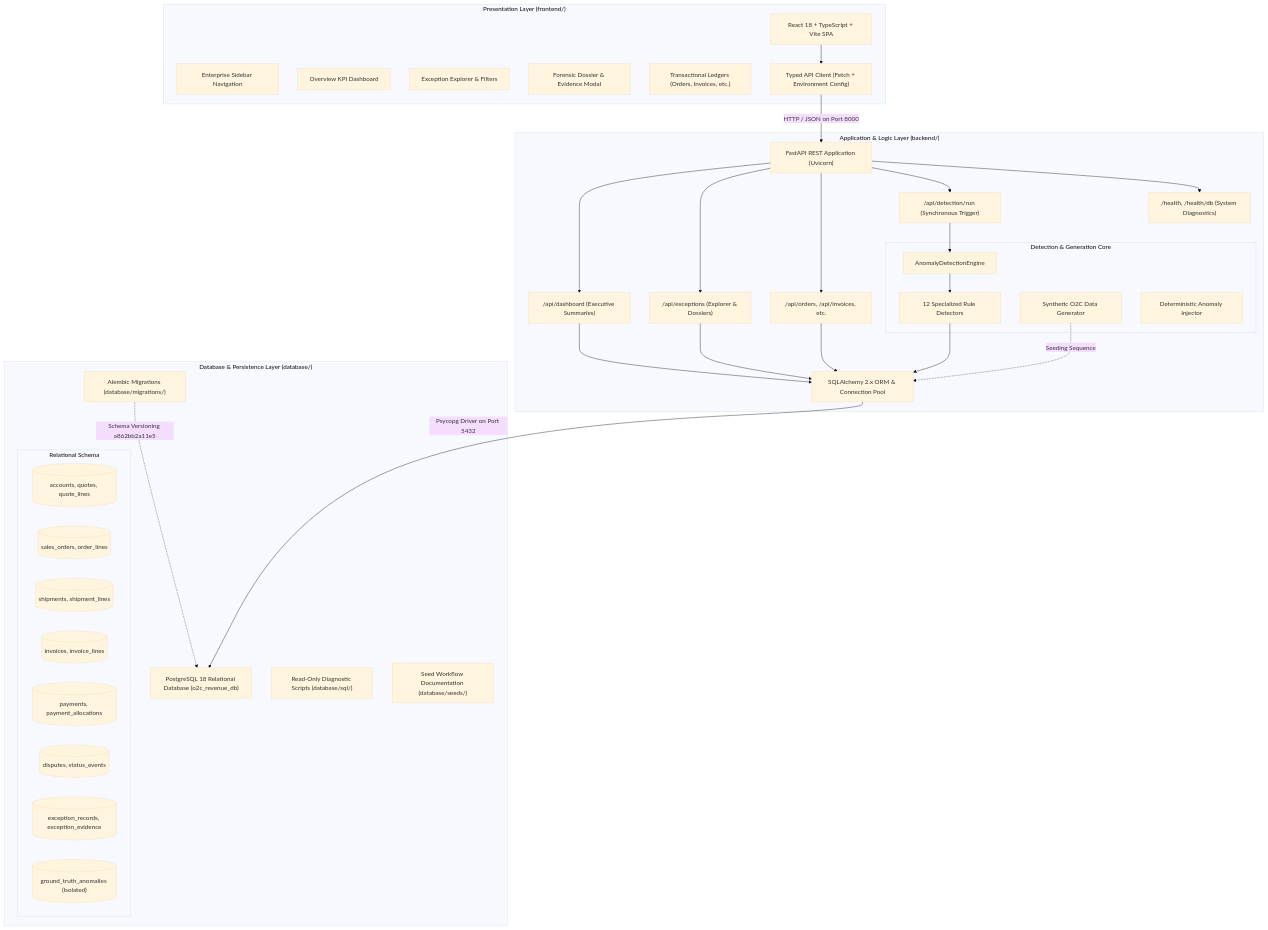
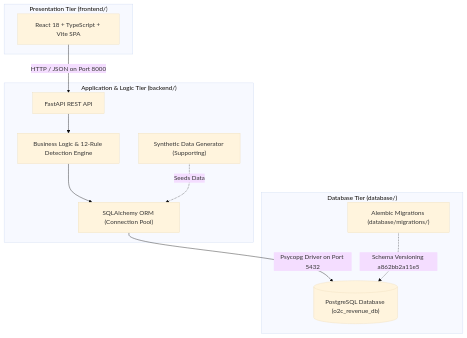
Before and after one commit to Shrish2003/Hackathon-Yottaflex.ai: the diagram in README.md, drawn with Mermaid (base theme). The commit also changed other lines of this file, not shown here.

Commit message:
docs: simplify README and add project architecture and dashboard screenshots

````diff
--- a/README.md
+++ b/README.md
@@ -170,65 +93,25 @@
 ```mermaid
 flowchart TD
-    subgraph Presentation_Tier ["Presentation Layer (frontend/)"]
+    subgraph FrontendTier ["Presentation Tier (frontend/)"]
         UI["React 18 + TypeScript + Vite SPA"]
-        Sidebar["Enterprise Sidebar Navigation"]
-        OverviewView["Overview KPI Dashboard"]
-        ExplorerView["Exception Explorer & Filters"]
-        DetailModal["Forensic Dossier & Evidence Modal"]
-        LedgerView["Transactional Ledgers (Orders, Invoices, etc.)"]
-        APIClient["Typed API Client (Fetch + Environment Config)"]
     end
 
-    subgraph Application_Tier ["Application & Logic Layer (backend/)"]
-        FastAPIApp["FastAPI REST Application (Uvicorn)"]
-        DashboardRouter["/api/dashboard (Executive Summaries)"]
-        ExceptionsRouter["/api/exceptions (Explorer & Dossiers)"]
-        TransactionsRouter["/api/orders, /api/invoices, etc."]
-        DetectionRouter["/api/detection/run (Synchronous Trigger)"]
-        HealthRouter["/health, /health/db (System Diagnostics)"]
-        
-        subgraph Engine_Core ["Detection & Generation Core"]
-            Engine["AnomalyDetectionEngine"]
-            Detectors["12 Specialized Rule Detectors"]
-            Generator["Synthetic O2C Data Generator"]
-            Injector["Deterministic Anomaly Injector"]
-        end
-        
-        ORM["SQLAlchemy 2.x ORM & Connection Pool"]
+    subgraph BackendTier ["Application & Logic Tier (backend/)"]
+        API["FastAPI REST API"]
+        Logic["Business Logic & 12-Rule Detection Engine"]
+        ORM["SQLAlchemy ORM (Connection Pool)"]
+        Generator["Synthetic Data Generator (Supporting)"]
     end
 
-    subgraph Database_Tier ["Database & Persistence Layer (database/)"]
-        PG["PostgreSQL 18 Relational Database (o2c_revenue_db)"]
+    subgraph DatabaseTier ["Database Tier (database/)"]
+        PG[("PostgreSQL Database (o2c_revenue_db)")]
         Migrations["Alembic Migrations (database/migrations/)"]
-        Diagnostics["Read-Only Diagnostic Scripts (database/sql/)"]
-        SeedDocs["Seed Workflow Documentation (database/seeds/)"]
-        
-        subgraph Schema_Tables ["Relational Schema"]
-            MasterTables[("accounts, quotes, quote_lines")]
-            OrderTables[("sales_orders, order_lines")]
-            FulfillmentTables[("shipments, shipment_lines")]
-            BillingTables[("invoices, invoice_lines")]
-            TreasuryTables[("payments, payment_allocations")]
-            DisputeTables[("disputes, status_events")]
-            ExceptionTables[("exception_records, exception_evidence")]
-            GroundTruthTable[("ground_truth_anomalies (Isolated)")]
-        end
     end
 
-    UI --> APIClient
-    APIClient -->|HTTP / JSON on Port 8000| FastAPIApp
-    FastAPIApp --> DashboardRouter
-    FastAPIApp --> ExceptionsRouter
-    FastAPIApp --> TransactionsRouter
-    FastAPIApp --> DetectionRouter
-    FastAPIApp --> HealthRouter
-    DetectionRouter --> Engine
-    Engine --> Detectors
-    Detectors --> ORM
-    DashboardRouter --> ORM
-    ExceptionsRouter --> ORM
-    TransactionsRouter --> ORM
+    UI -->|HTTP / JSON on Port 8000| API
+    API --> Logic
+    Logic --> ORM
+    Generator -.->|Seeds Data| ORM
     ORM -->|Psycopg Driver on Port 5432| PG
     Migrations -.->|Schema Versioning a862bb2a11e5| PG
-    Generator -.->|Seeding Sequence| ORM
 ```
````
